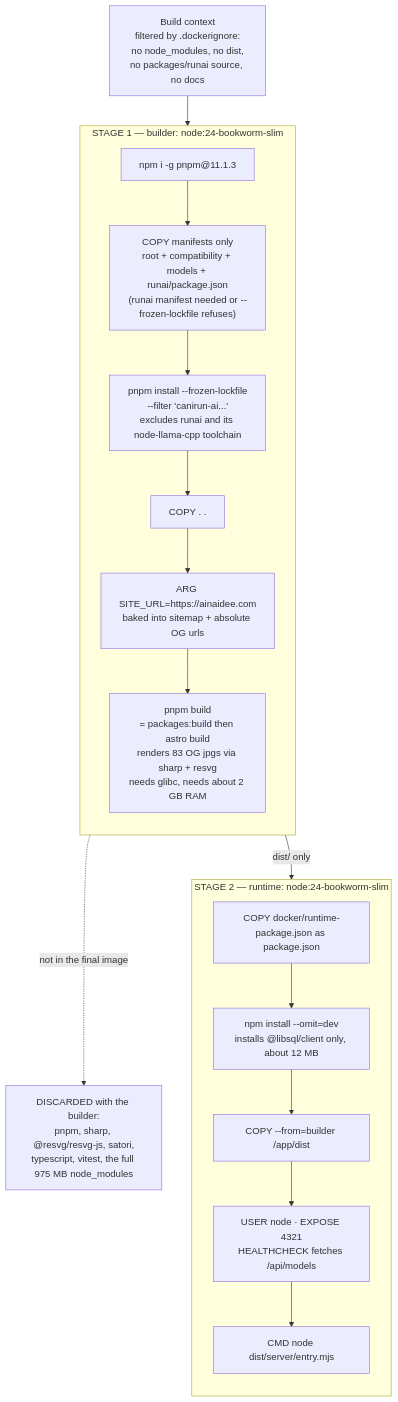
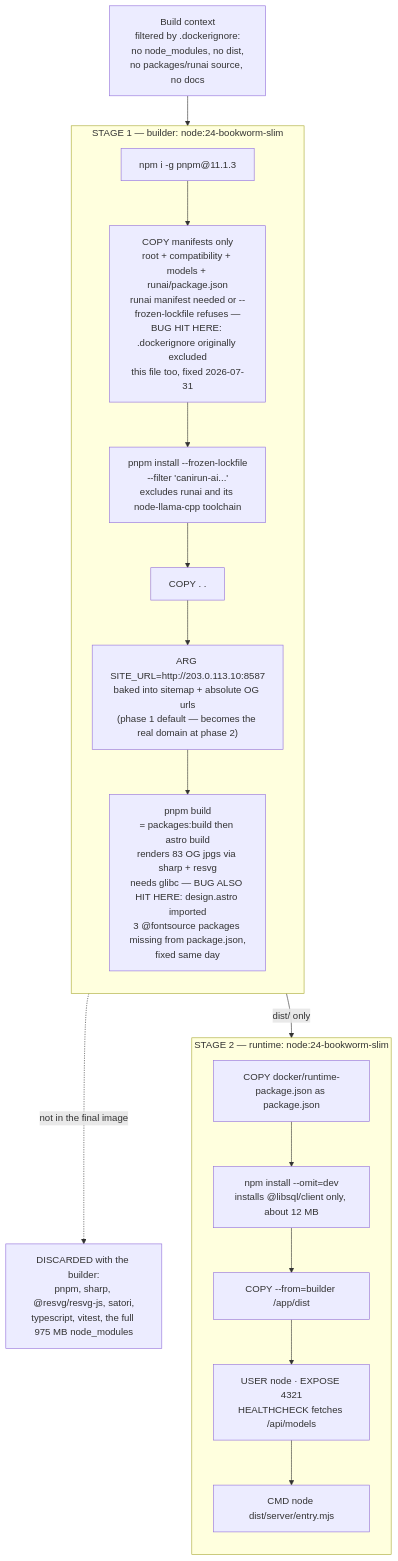
Before and after one commit to kovitking/AiNaiDee: the second of 5 diagrams in docs/deploy-architecture.md, drawn with Mermaid. The commit also changed other lines of this file and 13 other files, not shown here.

First line of the commit message:
feat(blog): scaffold headless Ghost + Astro blog, sync deploy docs to phase 1

````diff
--- a/docs/deploy-architecture.md
+++ b/docs/deploy-architecture.md
@@ -70,31 +88,31 @@
 ```mermaid
 flowchart TB
     ctx["Build context<br/>filtered by .dockerignore:<br/>no node_modules, no dist,<br/>no packages/runai source, no docs"]
 
     subgraph b["STAGE 1 — builder: node:24-bookworm-slim"]
         direction TB
         b1["npm i -g pnpm@11.1.3"]
-        b2["COPY manifests only<br/>root + compatibility + models + runai/package.json<br/>(runai manifest needed or --frozen-lockfile refuses)"]
+        b2["COPY manifests only<br/>root + compatibility + models + runai/package.json<br/>runai manifest needed or --frozen-lockfile refuses —<br/>BUG HIT HERE: .dockerignore originally excluded<br/>this file too, fixed 2026-07-31"]
         b3["pnpm install --frozen-lockfile<br/>--filter 'canirun-ai...'<br/>excludes runai and its node-llama-cpp toolchain"]
         b4["COPY . ."]
-        b5["ARG SITE_URL=https://ainaidee.com<br/>baked into sitemap + absolute OG urls"]
-        b6["pnpm build<br/>= packages:build then astro build<br/>renders 83 OG jpgs via sharp + resvg<br/>needs glibc, needs about 2 GB RAM"]
+        b5["ARG SITE_URL=http://203.0.113.10:8587<br/>baked into sitemap + absolute OG urls<br/>(phase 1 default — becomes the real domain at phase 2)"]
+        b6["pnpm build<br/>= packages:build then astro build<br/>renders 83 OG jpgs via sharp + resvg<br/>needs glibc — BUG ALSO HIT HERE: design.astro imported<br/>3 @fontsource packages missing from package.json,<br/>fixed same day"]
         b1 --> b2 --> b3 --> b4 --> b5 --> b6
     end
 
     subgraph r["STAGE 2 — runtime: node:24-bookworm-slim"]
         direction TB
         r1["COPY docker/runtime-package.json as package.json"]
         r2["npm install --omit=dev<br/>installs @libsql/client only, about 12 MB"]
         r3["COPY --from=builder /app/dist"]
         r4["USER node · EXPOSE 4321<br/>HEALTHCHECK fetches /api/models"]
         r5["CMD node dist/server/entry.mjs"]
         r1 --> r2 --> r3 --> r4 --> r5
     end
 
     disc["DISCARDED with the builder:<br/>pnpm, sharp, @resvg/resvg-js, satori,<br/>typescript, vitest, the full 975 MB node_modules"]
 
     ctx --> b
     b6 -->|"dist/ only"| r3
     b -.->|"not in the final image"| disc
 ```
````
